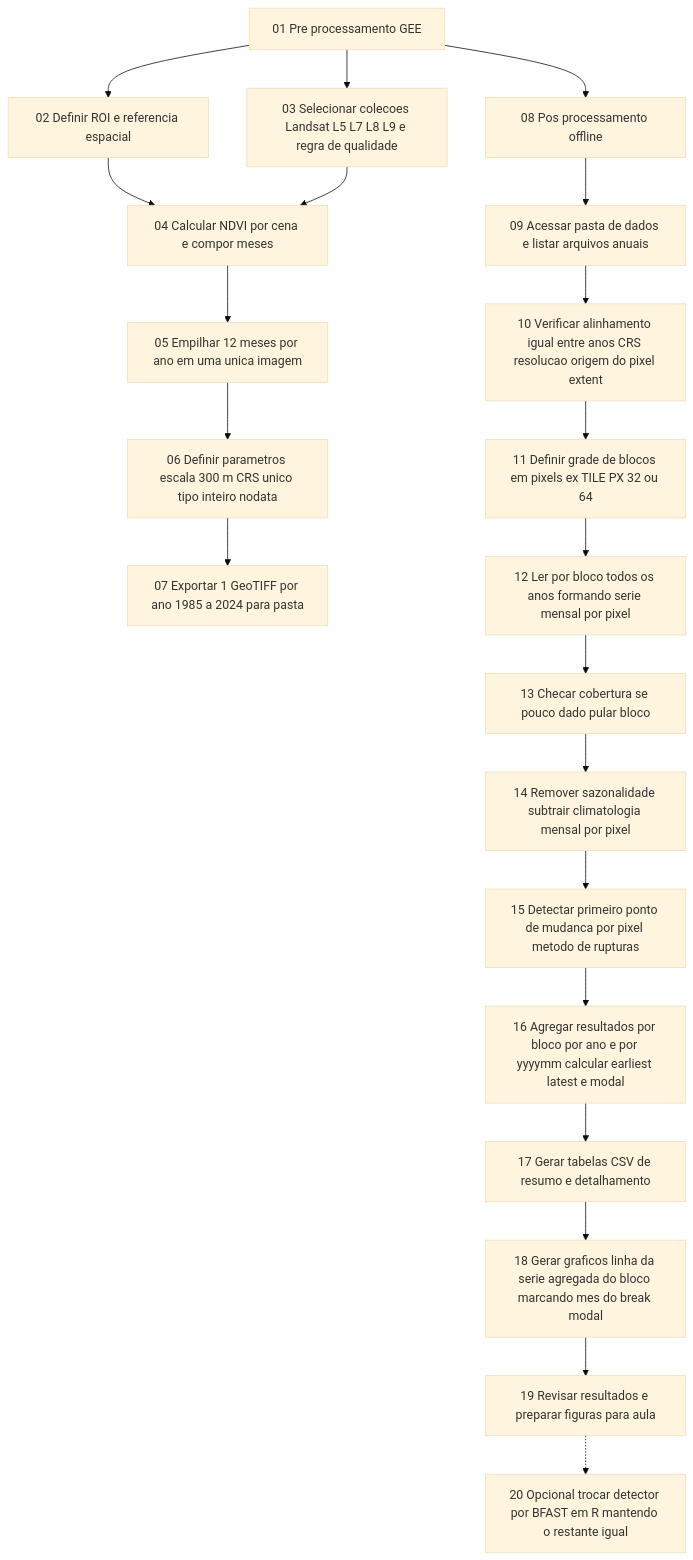
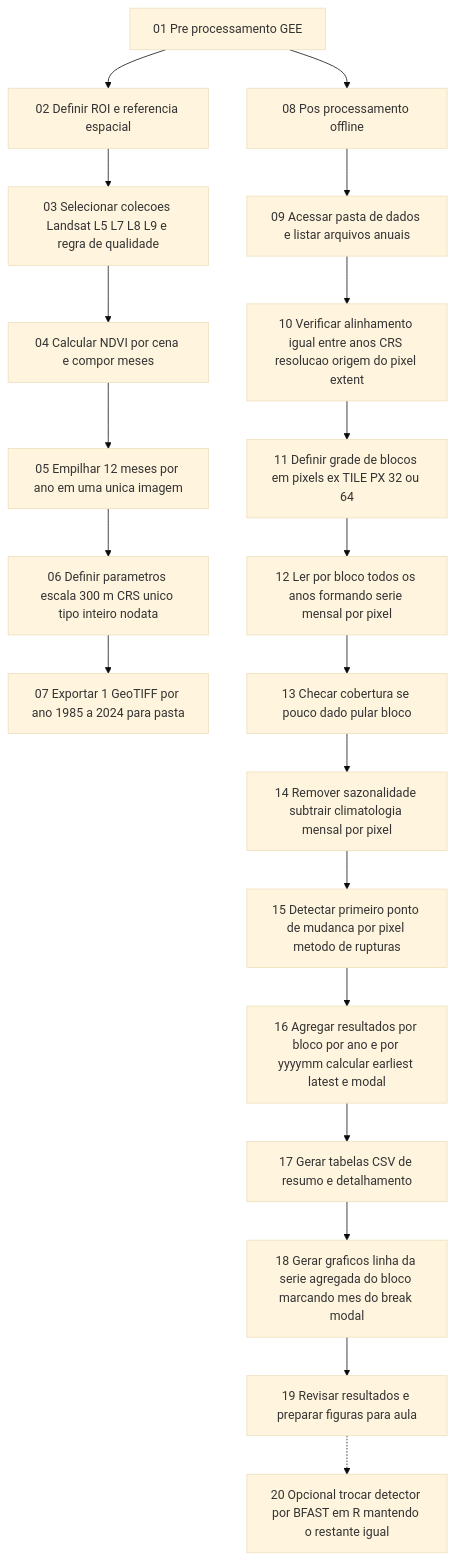
The diagram in README.md (CheilaBaiao/GEE_SR), drawn with Mermaid (base theme) before and after one commit.

````diff
--- a/README.md
+++ b/README.md
@@ -1,24 +1,23 @@
 ```mermaid
 graph TD
   A00[01 Pre processamento GEE] --> A01[02 Definir ROI e referencia espacial]
-  A00 --> A02[03 Selecionar colecoes Landsat L5 L7 L8 L9 e regra de qualidade]
-  A01 --> A03[04 Calcular NDVI por cena e compor meses]
+  A01 --> A02[03 Selecionar colecoes Landsat L5 L7 L8 L9 e regra de qualidade]
   A02 --> A03[04 Calcular NDVI por cena e compor meses]
   A03 --> A04[05 Empilhar 12 meses por ano em uma unica imagem]
   A04 --> A05[06 Definir parametros escala 300 m CRS unico tipo inteiro nodata]
   A05 --> A06[07 Exportar 1 GeoTIFF por ano 1985 a 2024 para pasta]
   A00[01 Pre processamento GEE]--> B00[08 Pos processamento offline]
 
   B00 --> B01[09 Acessar pasta de dados e listar arquivos anuais]
   B01 --> B02[10 Verificar alinhamento igual entre anos CRS resolucao origem do pixel extent]
   B02 --> B03[11 Definir grade de blocos em pixels ex TILE PX 32 ou 64]
   B03 --> B04[12 Ler por bloco todos os anos formando serie mensal por pixel]
   B04 --> B05[13 Checar cobertura se pouco dado pular bloco]
   B05 --> B06[14 Remover sazonalidade subtrair climatologia mensal por pixel]
   B06 --> B07[15 Detectar primeiro ponto de mudanca por pixel metodo de rupturas]
   B07 --> B08[16 Agregar resultados por bloco por ano e por yyyymm calcular earliest latest e modal]
   B08 --> B09[17 Gerar tabelas CSV de resumo e detalhamento]
   B09 --> B10[18 Gerar graficos linha da serie agregada do bloco marcando mes do break modal]
   B10 --> B11[19 Revisar resultados e preparar figuras para aula]
   B11 -.-> C00[20 Opcional trocar detector por BFAST em R mantendo o restante igual]
 ```
````
